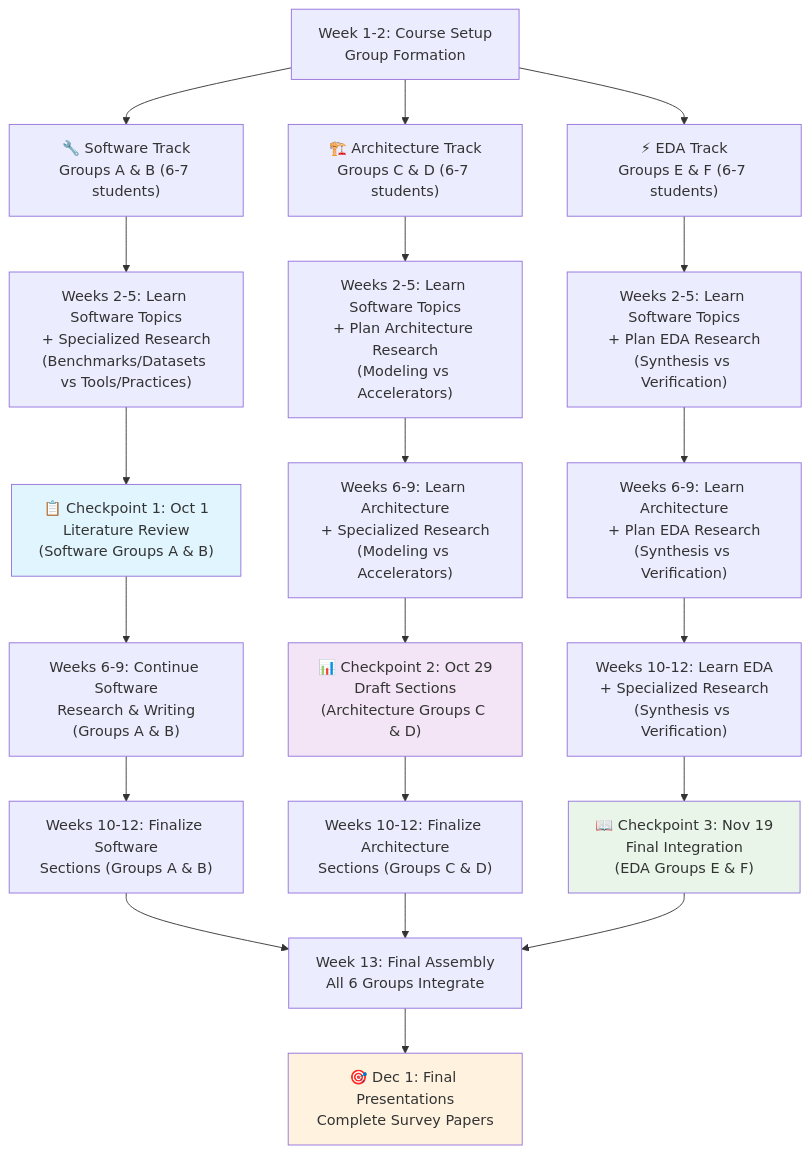
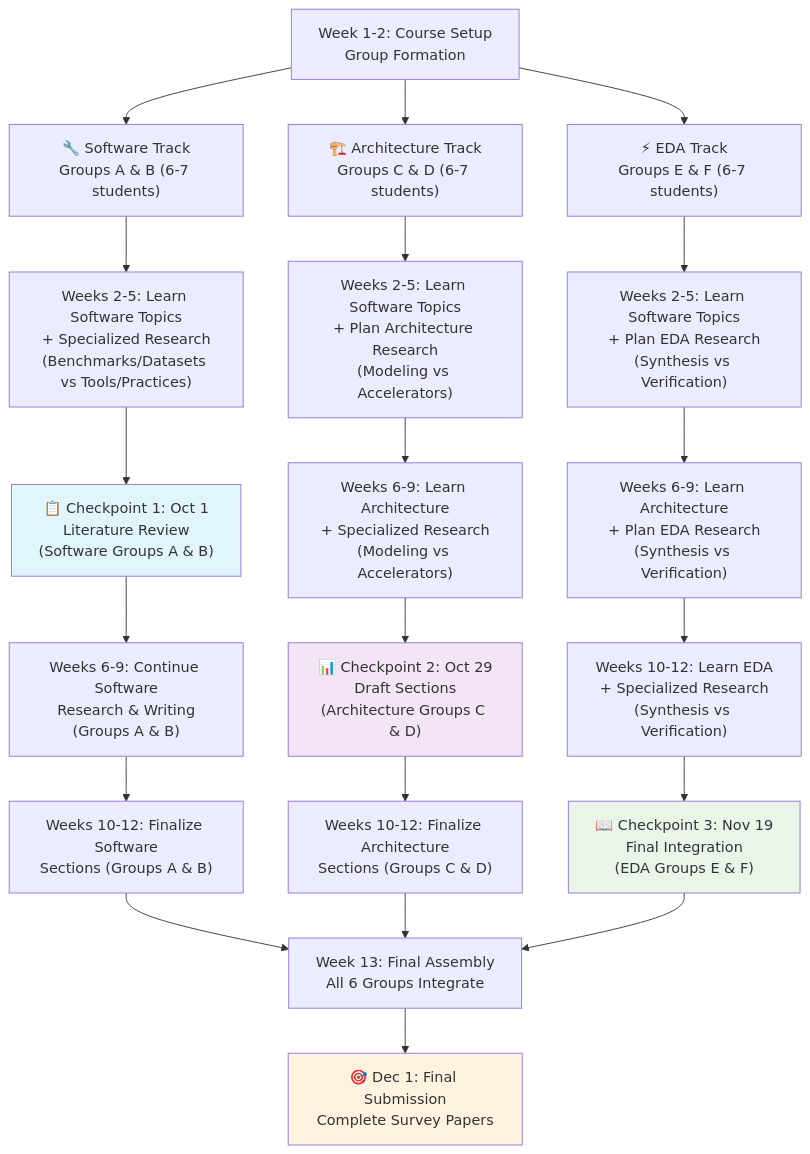
One commit to harvard-edge/cs249r_fall2025 changed the third of 3 diagrams in course/project.md. Above: the diagram before and after it, drawn with Mermaid. The commit also changed other lines of this file, not shown here.

First line of the commit message:
Update paper length and integrate student-driven presentations

```diff
--- a/course/project.md
+++ b/course/project.md
@@ -155,35 +157,35 @@
 <div class="mermaid">
 flowchart TD
     A["Week 1-2: Course Setup<br/>Group Formation"] --> B["🔧 Software Track<br/>Groups A & B (6-7 students)"]
     A --> C["🏗️ Architecture Track<br/>Groups C & D (6-7 students)"]
     A --> D["⚡ EDA Track<br/>Groups E & F (6-7 students)"]
     
     B --> E["Weeks 2-5: Learn Software Topics<br/>+ Specialized Research<br/>(Benchmarks/Datasets vs Tools/Practices)"]
     C --> F["Weeks 2-5: Learn Software Topics<br/>+ Plan Architecture Research<br/>(Modeling vs Accelerators)"]
     D --> G["Weeks 2-5: Learn Software Topics<br/>+ Plan EDA Research<br/>(Synthesis vs Verification)"]
     
     E --> H["📋 Checkpoint 1: Oct 1<br/>Literature Review<br/>(Software Groups A & B)"]
     
     F --> I["Weeks 6-9: Learn Architecture<br/>+ Specialized Research<br/>(Modeling vs Accelerators)"]
     G --> J["Weeks 6-9: Learn Architecture<br/>+ Plan EDA Research<br/>(Synthesis vs Verification)"]
     H --> K["Weeks 6-9: Continue Software<br/>Research & Writing<br/>(Groups A & B)"]
     
     I --> L["📊 Checkpoint 2: Oct 29<br/>Draft Sections<br/>(Architecture Groups C & D)"]
     
     J --> M["Weeks 10-12: Learn EDA<br/>+ Specialized Research<br/>(Synthesis vs Verification)"]
     K --> N["Weeks 10-12: Finalize Software<br/>Sections (Groups A & B)"]
     L --> O["Weeks 10-12: Finalize Architecture<br/>Sections (Groups C & D)"]
     
     M --> P["📖 Checkpoint 3: Nov 19<br/>Final Integration<br/>(EDA Groups E & F)"]
     
     N --> Q["Week 13: Final Assembly<br/>All 6 Groups Integrate"]
     O --> Q
     P --> Q
     
-    Q --> R["🎯 Dec 1: Final Presentations<br/>Complete Survey Papers"]
+    Q --> R["🎯 Dec 1: Final Submission<br/>Complete Survey Papers"]
     
     style H fill:#e1f5fe
     style L fill:#f3e5f5
     style P fill:#e8f5e8
     style R fill:#fff3e0
 </div>
```
